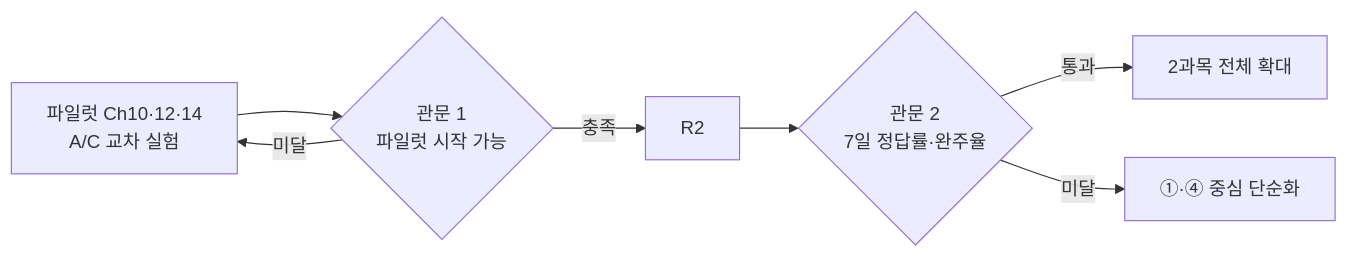
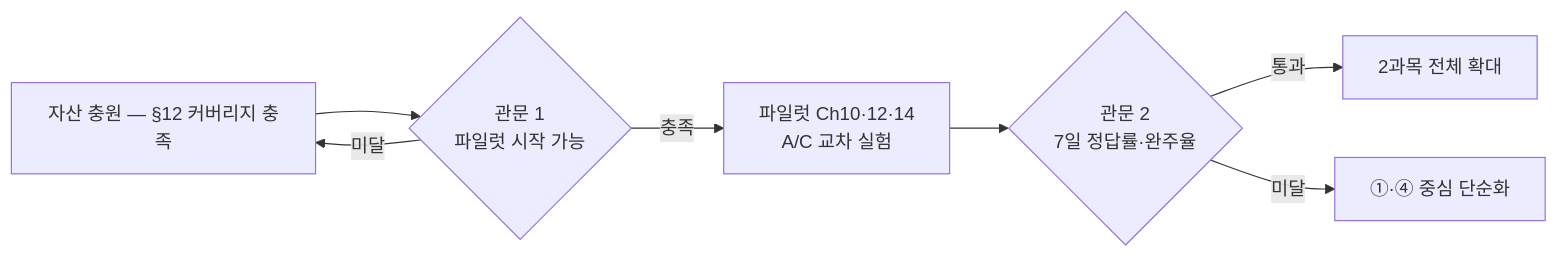
One commit to skygoldlee-cyber/passok changed the second of 2 diagrams in content/exams/carework/docs/적응형 학습 엔진 설계.md. Above: the diagram before and after it, drawn with Mermaid. The commit also changed other lines of this file and 1 other file, not shown here.

````diff
--- a/content/exams/carework/docs/적응형 학습 엔진 설계.md
+++ b/content/exams/carework/docs/적응형 학습 엔진 설계.md
@@ -222,9 +223,9 @@
 ```mermaid
 flowchart LR
     R1["자산 충원 — §12 커버리지 충족"] --> G1{"관문 1<br/>파일럿 시작 가능"}
-    G1 -->|충족| R2
-    G1 -->|미달| R1["파일럿 Ch10·12·14<br/>A/C 교차 실험"]
+    G1 -->|충족| R2["파일럿 Ch10·12·14<br/>A/C 교차 실험"]
+    G1 -->|미달| R1
     R2 --> G2{"관문 2<br/>7일 정답률·완주율"}
     G2 -->|통과| R3["2과목 전체 확대"]
     G2 -->|미달| R4["①·④ 중심 단순화"]
 ```
````
